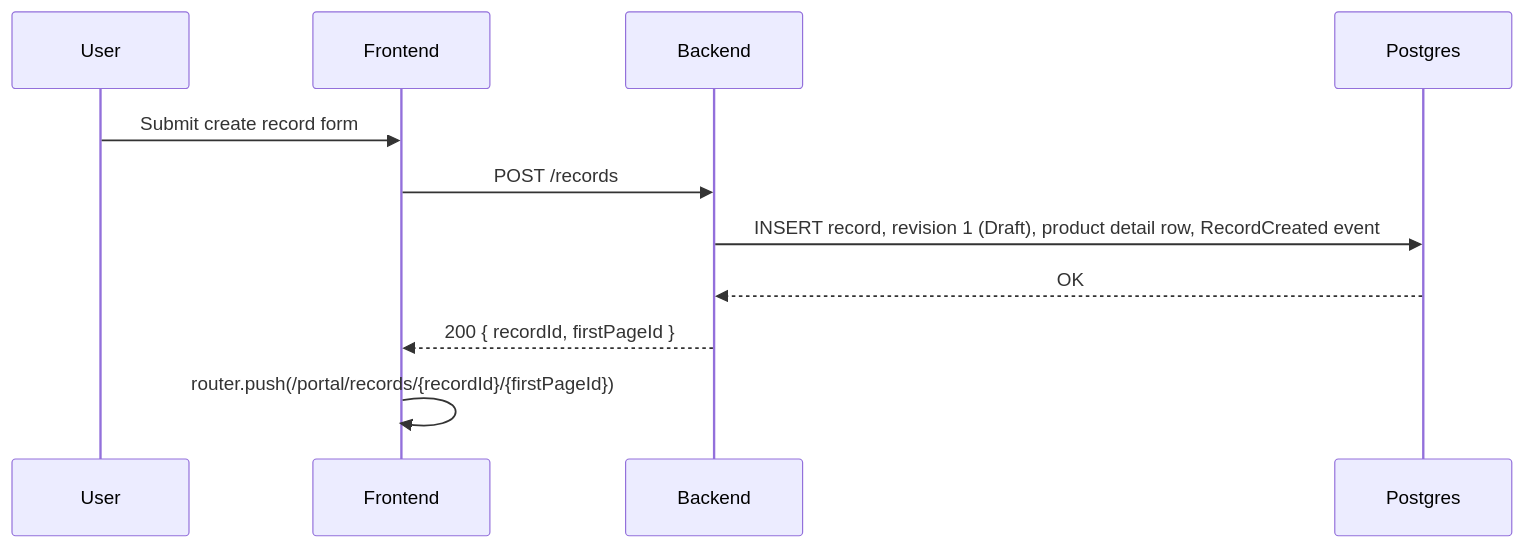
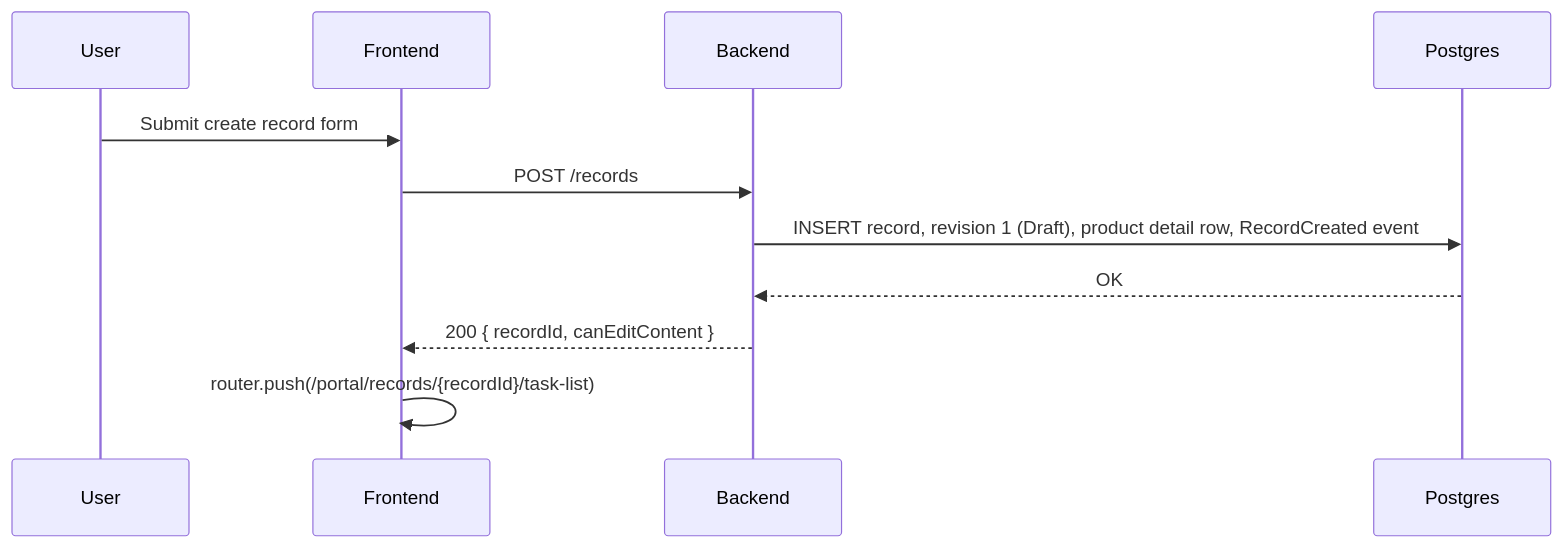
The fourth of 6 diagrams in documentation/form-generation/high-level-design.md (ditnice/aws-UKPS), drawn with Mermaid before and after one commit. The commit also changed other lines of this file and 69 other files, not shown here.

Commit message:
[URP-609] define medicine form schema approach to support task list (#513)

````diff
--- a/documentation/form-generation/high-level-design.md
+++ b/documentation/form-generation/high-level-design.md
@@ -431,13 +434,13 @@
 ```mermaid
 sequenceDiagram
     participant U as User
     participant F as Frontend
     participant B as Backend
     participant P as Postgres
     U->>F: Submit create record form
     F->>B: POST /records
     B->>P: INSERT record, revision 1 (Draft), product detail row, RecordCreated event
     P-->>B: OK
-    B-->>F: 200 { recordId, firstPageId }
-    F->>F: router.push(/portal/records/{recordId}/{firstPageId})
+    B-->>F: 200 { recordId, canEditContent }
+    F->>F: router.push(/portal/records/{recordId}/task-list)
 ```
````
